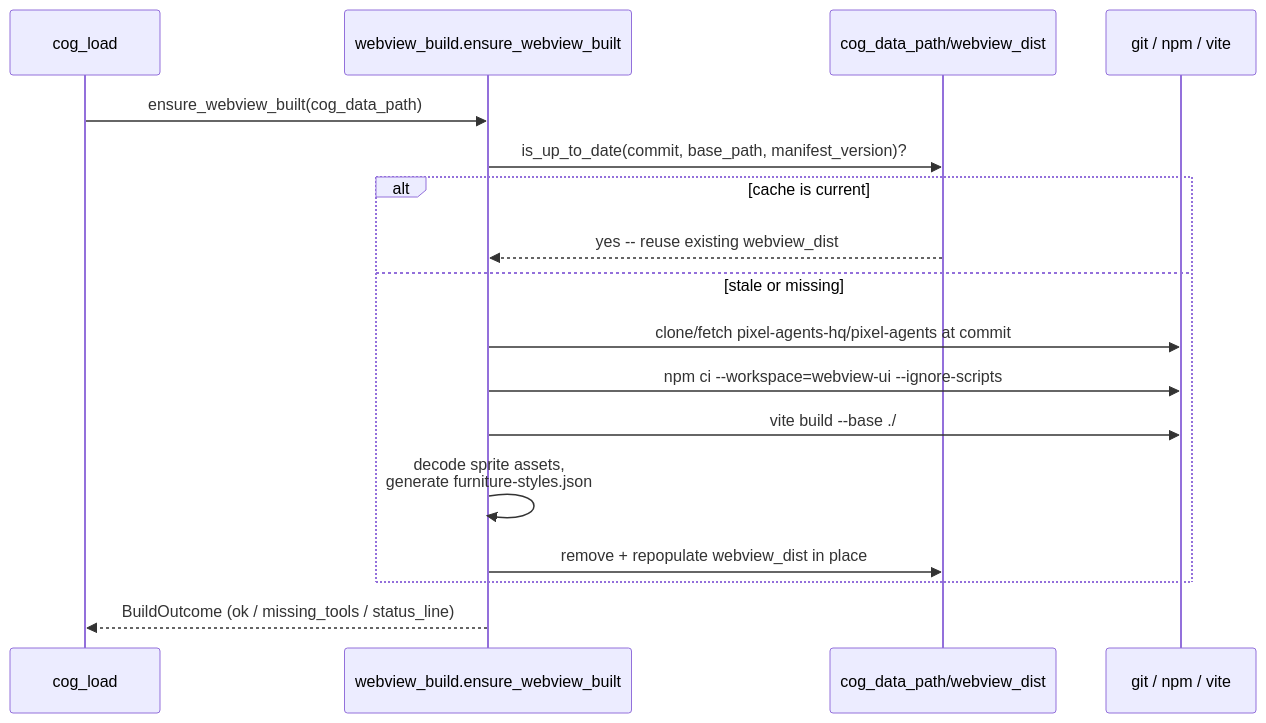
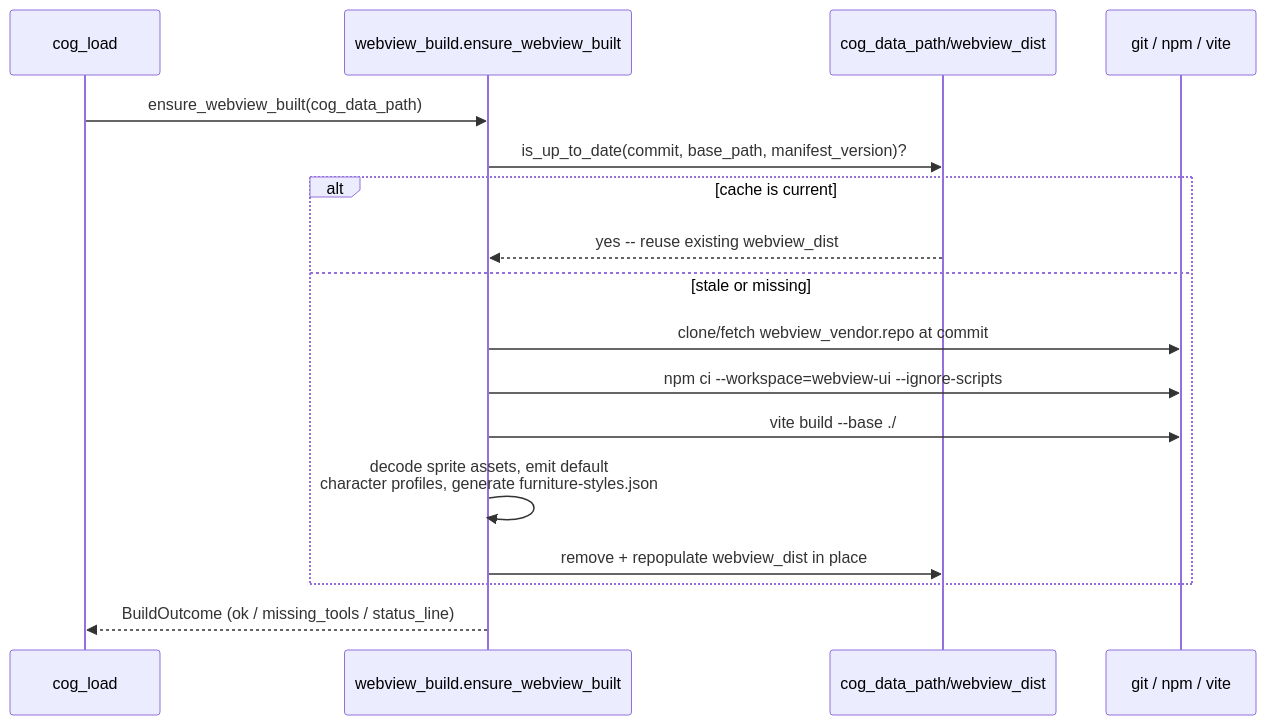
The third of 3 diagrams in pixelagents/Architecture.md (pixel-agents-hq/pixel-agents-cogs), drawn with Mermaid before and after one commit. The commit also changed 34 other files, not shown here.

First line of the commit message:
feat(pixelagents): advance vendored Pixel Agents to the pixatar wardrobe (#396 + #452), add advance-vendor skill (#97)

````diff
--- a/pixelagents/Architecture.md
+++ b/pixelagents/Architecture.md
@@ -109,20 +109,20 @@
 ```mermaid
 sequenceDiagram
     participant Load as cog_load
     participant Build as webview_build.ensure_webview_built
     participant Cache as cog_data_path/webview_dist
     participant Git as git / npm / vite
 
     Load->>Build: ensure_webview_built(cog_data_path)
     Build->>Cache: is_up_to_date(commit, base_path, manifest_version)?
     alt cache is current
         Cache-->>Build: yes -- reuse existing webview_dist
     else stale or missing
-        Build->>Git: clone/fetch pixel-agents-hq/pixel-agents at commit
+        Build->>Git: clone/fetch webview_vendor.repo at commit
         Build->>Git: npm ci --workspace=webview-ui --ignore-scripts
         Build->>Git: vite build --base ./
-        Build->>Build: decode sprite assets,<br/>generate furniture-styles.json
+        Build->>Build: decode sprite assets, emit default<br/>character profiles, generate furniture-styles.json
         Build->>Cache: remove + repopulate webview_dist in place
     end
     Build-->>Load: BuildOutcome (ok / missing_tools / status_line)
 ```
````
